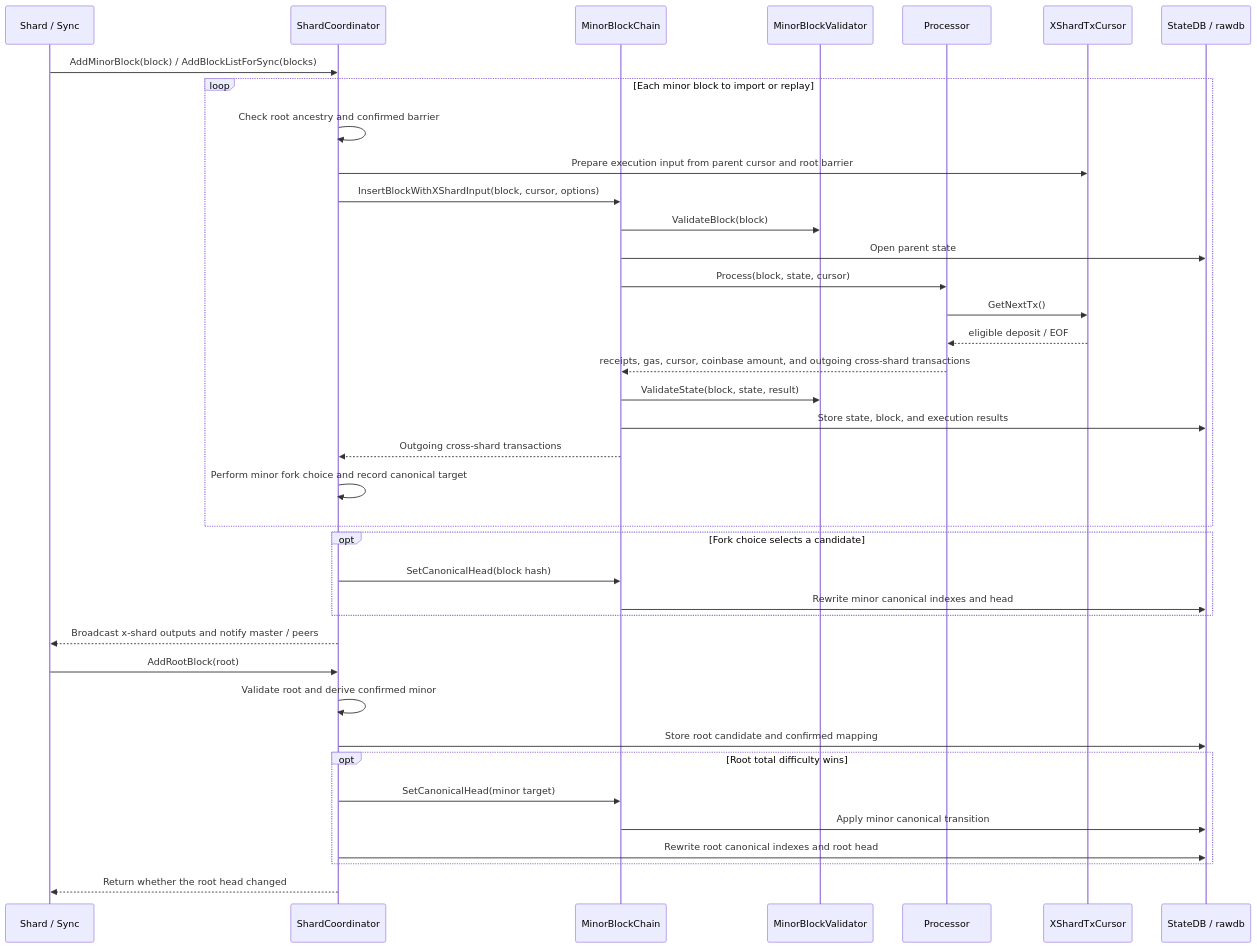
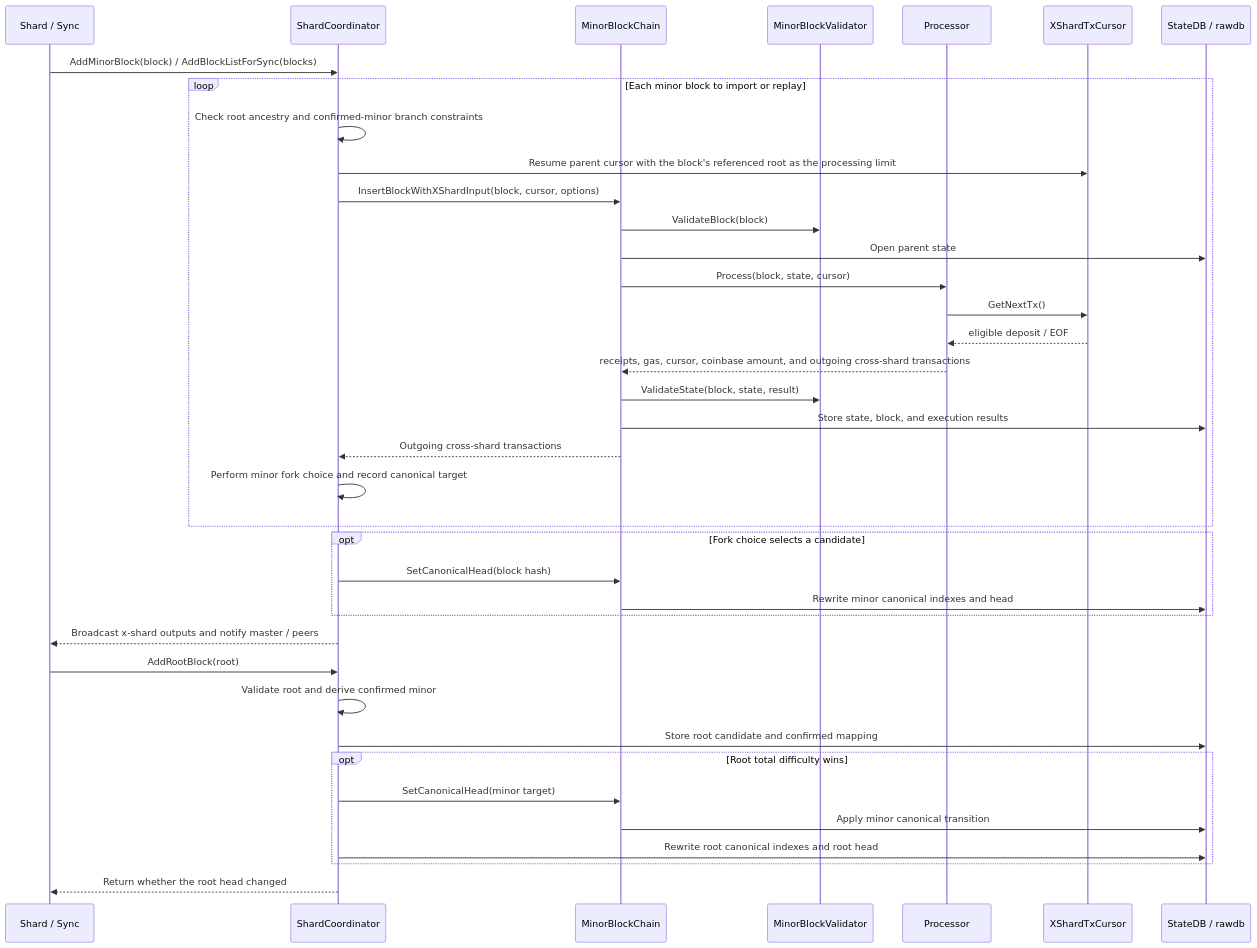
One commit to QuarkChain/goshard changed the second of 2 diagrams in docs/quarkchain/minor-chain-layered-architecture.en.md. Above: the diagram before and after it, drawn with Mermaid. The commit also changed other lines of this file and 1 other file, not shown here.

````diff
--- a/docs/quarkchain/minor-chain-layered-architecture.en.md
+++ b/docs/quarkchain/minor-chain-layered-architecture.en.md
@@ -155,42 +155,42 @@
 ```mermaid
 sequenceDiagram
     participant S as Shard / Sync
     participant C as ShardCoordinator
     participant M as MinorBlockChain
     participant V as MinorBlockValidator
     participant P as Processor
     participant X as XShardTxCursor
     participant D as StateDB / rawdb
 
     S->>C: AddMinorBlock(block) / AddBlockListForSync(blocks)
     loop Each minor block to import or replay
-        C->>C: Check root ancestry and confirmed barrier
-        C->>X: Prepare execution input from parent cursor and root barrier
+        C->>C: Check root ancestry and confirmed-minor branch constraints
+        C->>X: Resume parent cursor with the block's referenced root as the processing limit
         C->>M: InsertBlockWithXShardInput(block, cursor, options)
         M->>V: ValidateBlock(block)
         M->>D: Open parent state
         M->>P: Process(block, state, cursor)
         P->>X: GetNextTx()
         X-->>P: eligible deposit / EOF
         P-->>M: receipts, gas, cursor, coinbase amount, and outgoing cross-shard transactions
         M->>V: ValidateState(block, state, result)
         M->>D: Store state, block, and execution results
         M-->>C: Outgoing cross-shard transactions
         C->>C: Perform minor fork choice and record canonical target
     end
     opt Fork choice selects a candidate
         C->>M: SetCanonicalHead(block hash)
         M->>D: Rewrite minor canonical indexes and head
     end
     C-->>S: Broadcast x-shard outputs and notify master / peers
 
     S->>C: AddRootBlock(root)
     C->>C: Validate root and derive confirmed minor
     C->>D: Store root candidate and confirmed mapping
     opt Root total difficulty wins
         C->>M: SetCanonicalHead(minor target)
         M->>D: Apply minor canonical transition
         C->>D: Rewrite root canonical indexes and root head
     end
     C-->>S: Return whether the root head changed
 ```
````
